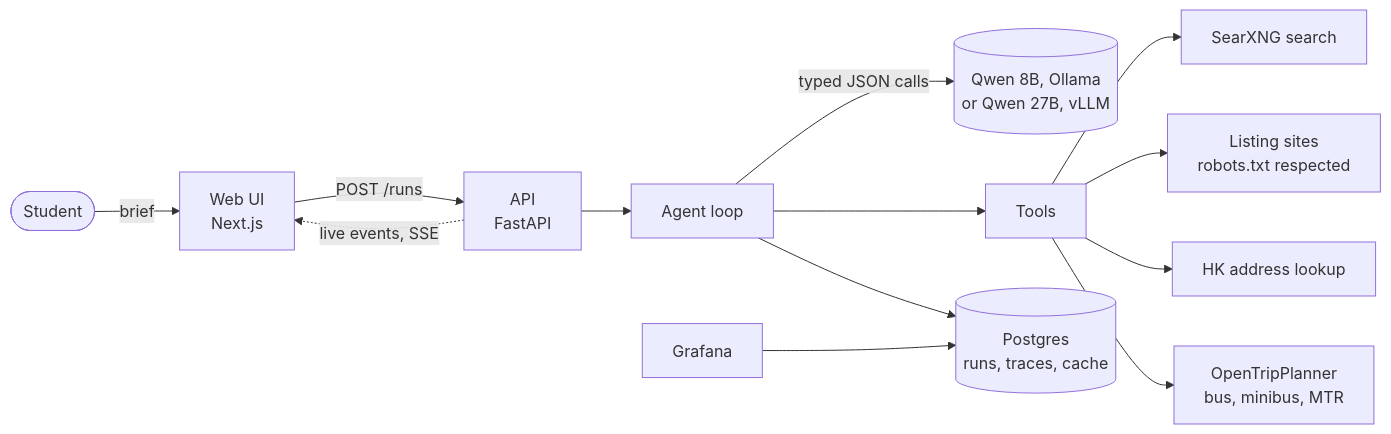
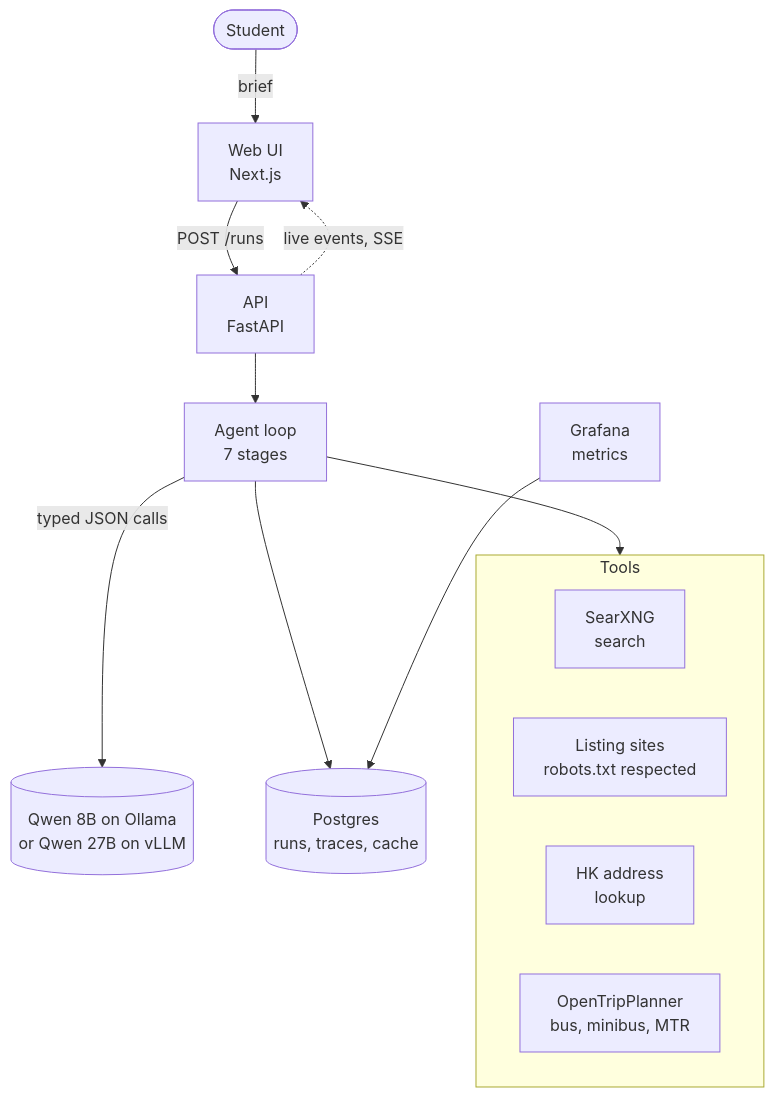
One commit to flatjai/flatjai changed the first of 2 diagrams in README.md. Above: the diagram before and after it, drawn with Mermaid. The commit also changed other lines of this file and 5 other files, not shown here.

````diff
--- a/README.md
+++ b/README.md
@@ -50,15 +50,18 @@
 ```mermaid
-flowchart LR
+flowchart TB
     student([Student]) -->|brief| web[Web UI<br/>Next.js]
     web -->|POST /runs| api[API<br/>FastAPI]
     api -.->|live events, SSE| web
-    api --> agent[Agent loop]
-    agent -->|typed JSON calls| model[(Qwen 8B, Ollama<br/>or Qwen 27B, vLLM)]
-    agent --> tools[Tools]
-    tools --> searxng[SearXNG search]
-    tools --> sites[Listing sites<br/>robots.txt respected]
-    tools --> geo[HK address lookup]
-    tools --> otp[OpenTripPlanner<br/>bus, minibus, MTR]
+    api --> agent[Agent loop<br/>7 stages]
+    agent -->|typed JSON calls| model[(Qwen 8B on Ollama<br/>or Qwen 27B on vLLM)]
+    agent --> tools
     agent --> pg[(Postgres<br/>runs, traces, cache)]
-    grafana[Grafana] --> pg
+    subgraph tools [Tools]
+        direction LR
+        searxng[SearXNG<br/>search]
+        sites[Listing sites<br/>robots.txt respected]
+        geo[HK address<br/>lookup]
+        otp[OpenTripPlanner<br/>bus, minibus, MTR]
+    end
+    grafana[Grafana<br/>metrics] --> pg
 ```
````
